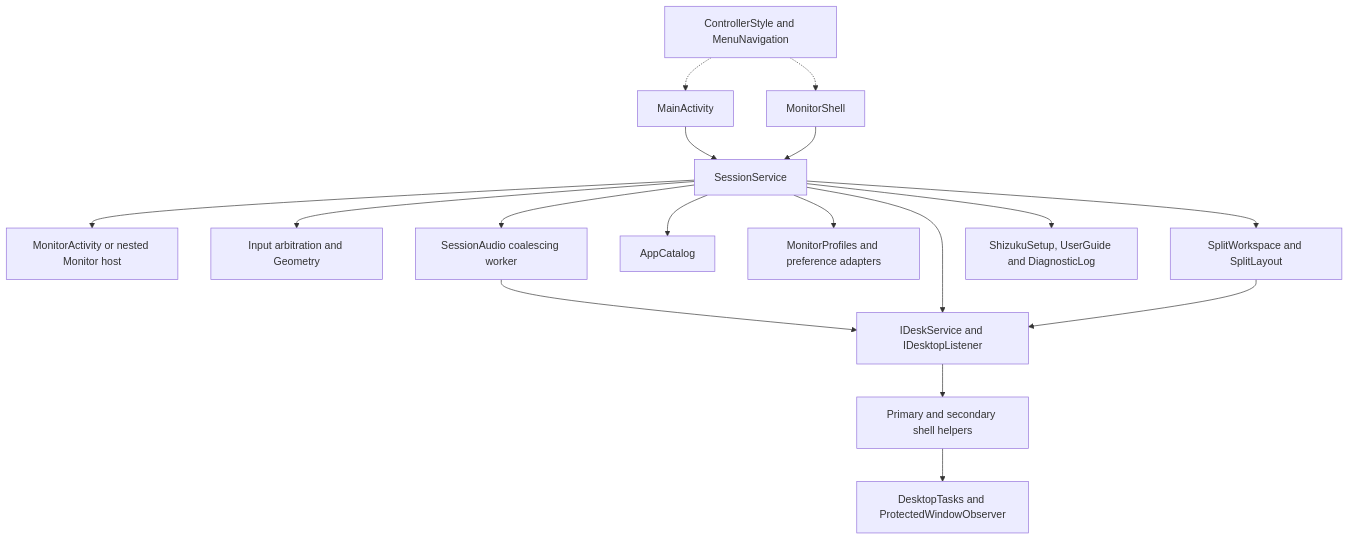
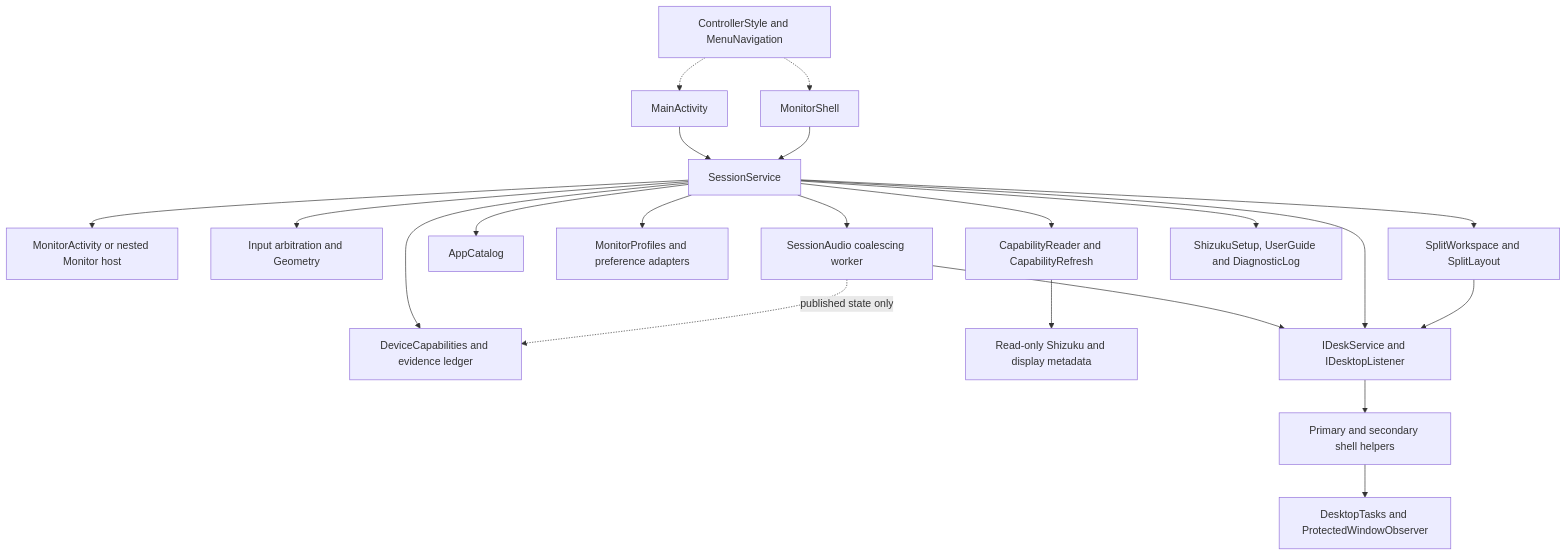
One commit to PhiLong-Ho/DexDroid changed the second of 3 diagrams in docs/architecture/README.md. Above: the diagram before and after it, drawn with Mermaid. The commit also changed other lines of this file and 67 other files, not shown here.

Commit message:
Add device capabilities and guarded launch feedback for 0.17.0

````diff
--- a/docs/architecture/README.md
+++ b/docs/architecture/README.md
@@ -86,19 +95,23 @@
 ```mermaid
 flowchart TB
     Phone[MainActivity] --> S[SessionService]
     Monitor[MonitorShell] --> S
     Widgets[ControllerStyle and MenuNavigation] -.-> Phone
     Widgets -.-> Monitor
     S --> Host[MonitorActivity or nested Monitor host]
     S --> Input[Input arbitration and Geometry]
     S --> Split[SplitWorkspace and SplitLayout]
     S --> Catalog[AppCatalog]
     S --> Prefs[MonitorProfiles and preference adapters]
     S --> Audio[SessionAudio coalescing worker]
+    S --> Capabilities[DeviceCapabilities and evidence ledger]
+    S --> Reads[CapabilityReader and CapabilityRefresh]
+    Reads --> Metadata[Read-only Shizuku and display metadata]
+    Audio -.->|published state only| Capabilities
     Audio --> IPC
     S --> Guidance[ShizukuSetup, UserGuide and DiagnosticLog]
     S --> IPC[IDeskService and IDesktopListener]
     Split --> IPC
     IPC --> Helpers[Primary and secondary shell helpers]
     Helpers --> Observe[DesktopTasks and ProtectedWindowObserver]
 ```
````
